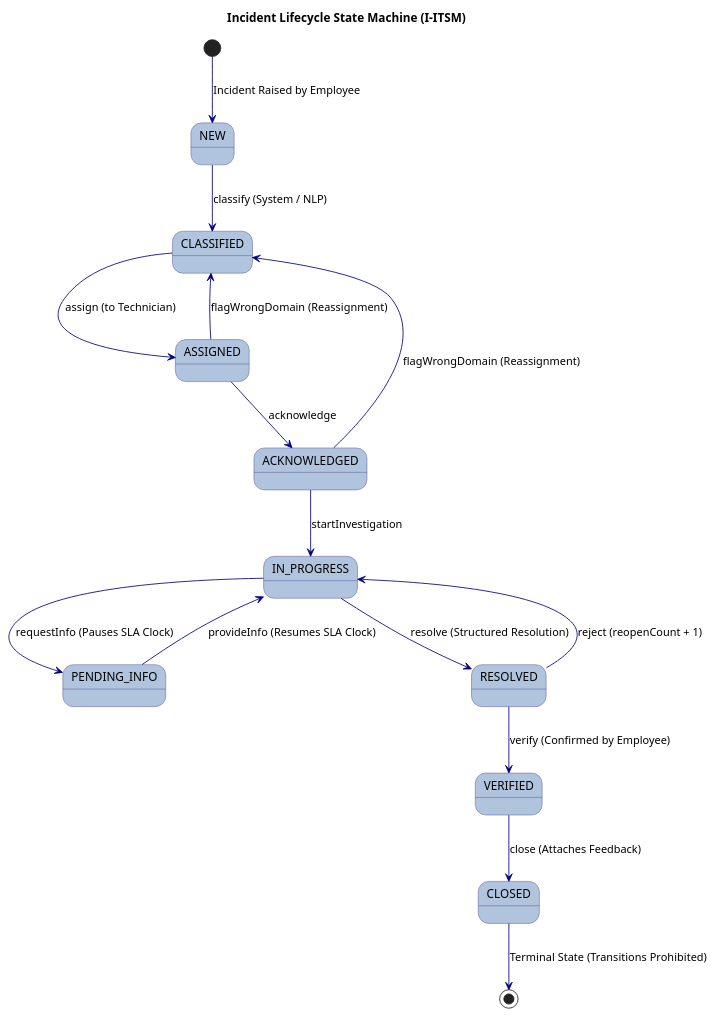
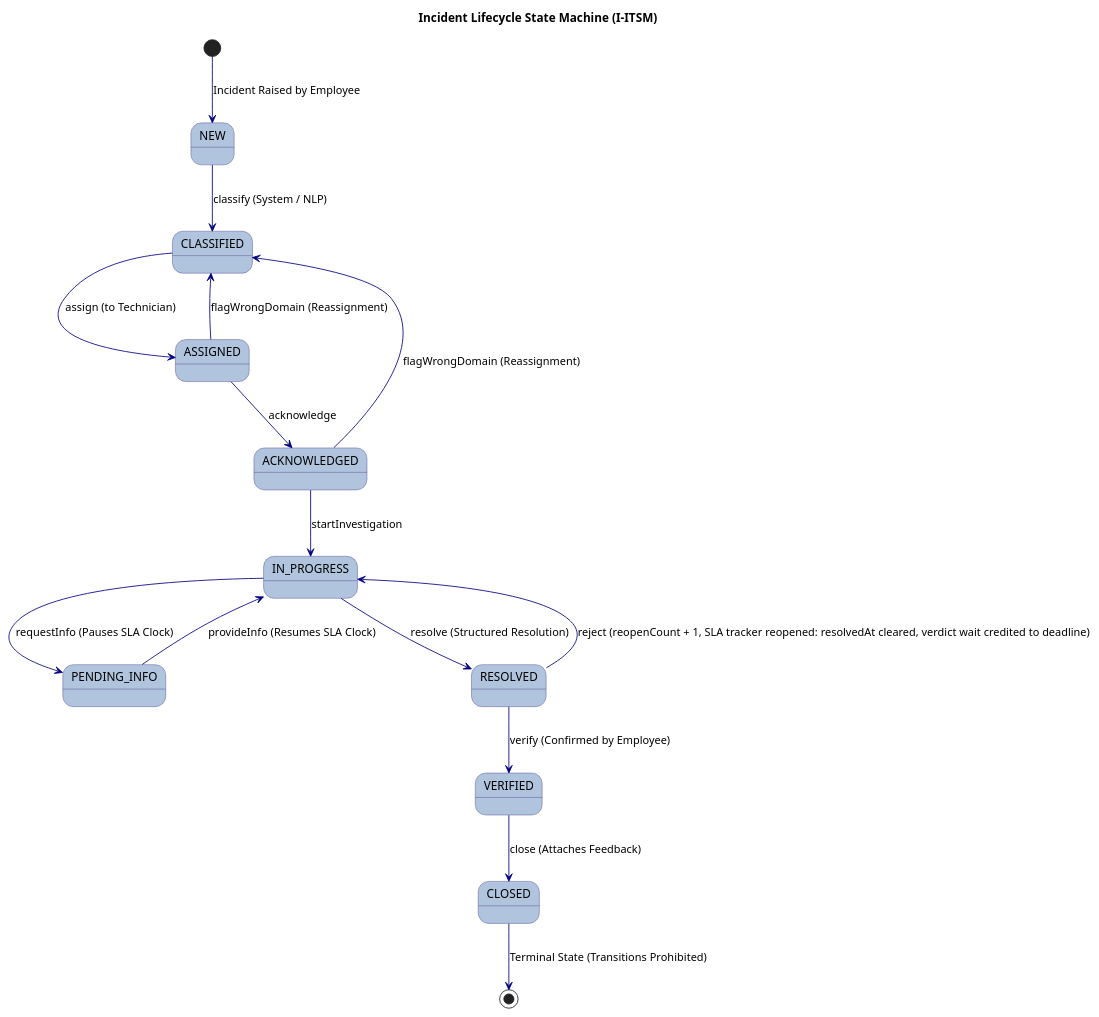
Before and after one commit to nikunj-1608/I-ITSM-BITS-OOPS: the diagram in docs/uml/state-diagram.puml, drawn with PlantUML. The commit also changed 648 other files, not shown here.

```diff
--- a/docs/uml/state-diagram.puml
+++ b/docs/uml/state-diagram.puml
@@ -1,33 +1,33 @@
 @startuml
 title Incident Lifecycle State Machine (I-ITSM)
 skinparam state {
     BackgroundColor LightSteelBlue
     BorderColor DarkSlateBlue
     ArrowColor Navy
 }
 
 [*] --> NEW : Incident Raised by Employee
 
 NEW --> CLASSIFIED : classify (System / NLP)
 
 CLASSIFIED --> ASSIGNED : assign (to Technician)
 
 ASSIGNED --> ACKNOWLEDGED : acknowledge
 ASSIGNED --> CLASSIFIED : flagWrongDomain (Reassignment)
 
 ACKNOWLEDGED --> IN_PROGRESS : startInvestigation
 ACKNOWLEDGED --> CLASSIFIED : flagWrongDomain (Reassignment)
 
 IN_PROGRESS --> PENDING_INFO : requestInfo (Pauses SLA Clock)
 PENDING_INFO --> IN_PROGRESS : provideInfo (Resumes SLA Clock)
 
 IN_PROGRESS --> RESOLVED : resolve (Structured Resolution)
 
-RESOLVED --> IN_PROGRESS : reject (reopenCount + 1)
+RESOLVED --> IN_PROGRESS : reject (reopenCount + 1, SLA tracker reopened: resolvedAt cleared, verdict wait credited to deadline)
 RESOLVED --> VERIFIED : verify (Confirmed by Employee)
 
 VERIFIED --> CLOSED : close (Attaches Feedback)
 
 CLOSED --> [*] : Terminal State (Transitions Prohibited)
 
 @enduml
```
